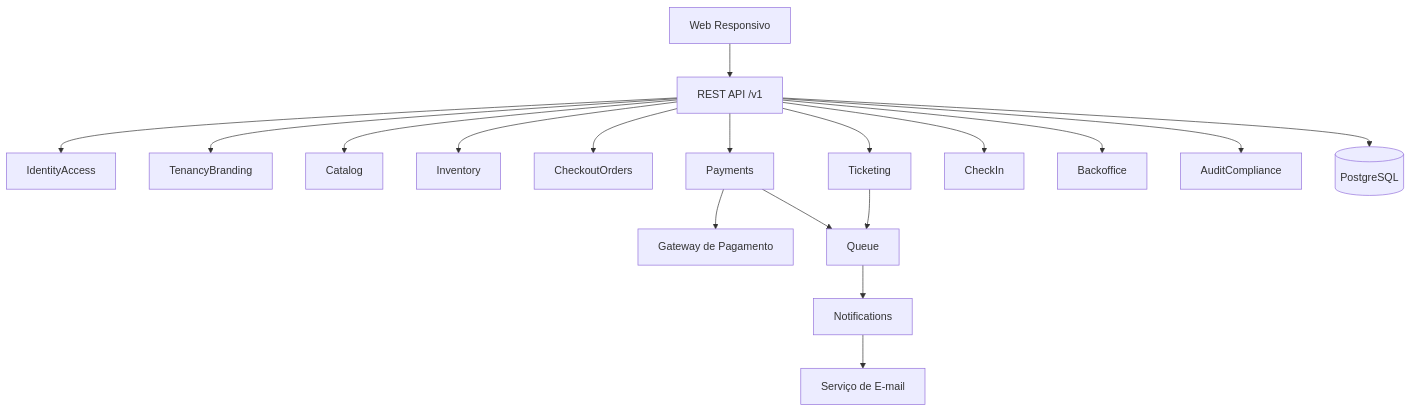
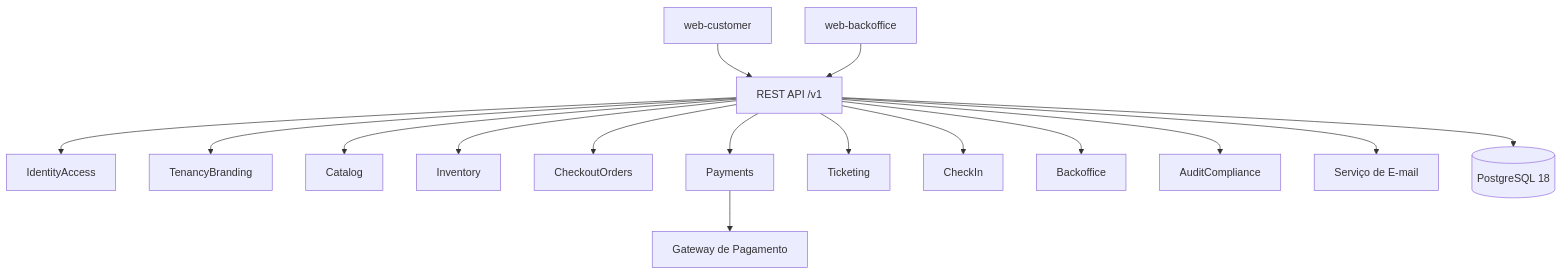
Before and after one commit to vbaptistel/primeira-fila: the diagram in docs/04-arquitetura-alto-nivel.md, drawn with Mermaid. The commit also changed other lines of this file and 11 other files, not shown here.

````diff
--- a/docs/04-arquitetura-alto-nivel.md
+++ b/docs/04-arquitetura-alto-nivel.md
@@ -37,20 +37,18 @@
 ```mermaid
 flowchart TD
-  FE[Web Responsivo] --> API[REST API /v1]
+  FE1[web-customer] --> API[REST API /v1]
+  FE2[web-backoffice] --> API
   API --> IA[IdentityAccess]
   API --> TB[TenancyBranding]
   API --> CAT[Catalog]
   API --> INV[Inventory]
   API --> ORD[CheckoutOrders]
   API --> PAY[Payments]
   API --> TIC[Ticketing]
   API --> CHK[CheckIn]
   API --> BO[Backoffice]
   API --> AUD[AuditCompliance]
   PAY --> PG[Gateway de Pagamento]
-  TIC --> Q[Queue]
-  PAY --> Q
-  Q --> NTF[Notifications]
-  NTF --> ESP[Serviço de E-mail]
-  API --> DB[(PostgreSQL)]
+  API --> ESP[Serviço de E-mail]
+  API --> DB[(PostgreSQL 18)]
 ```
````
